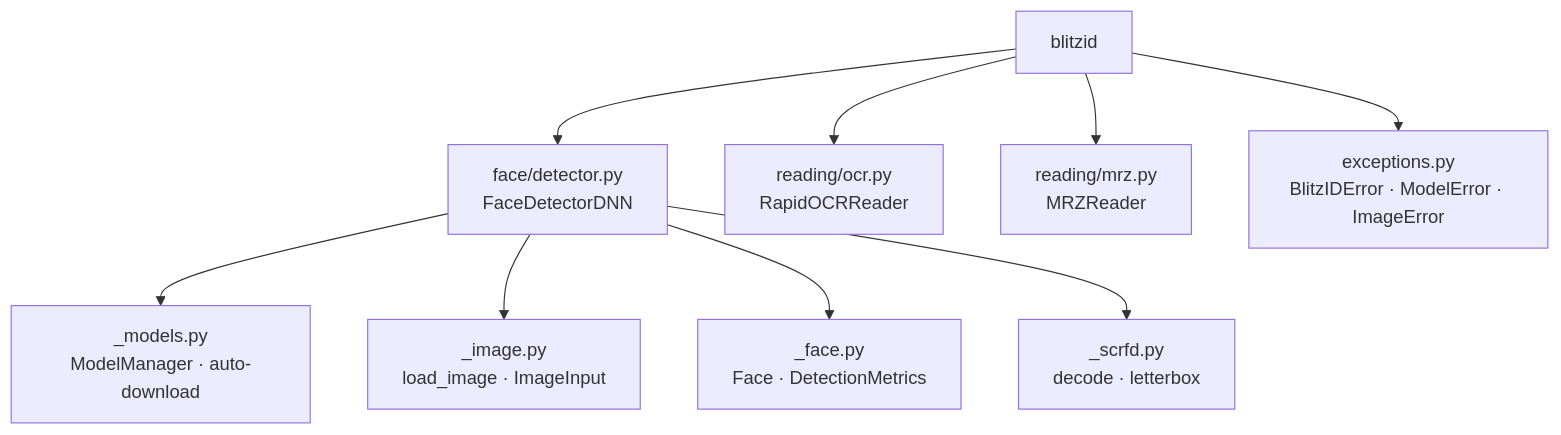
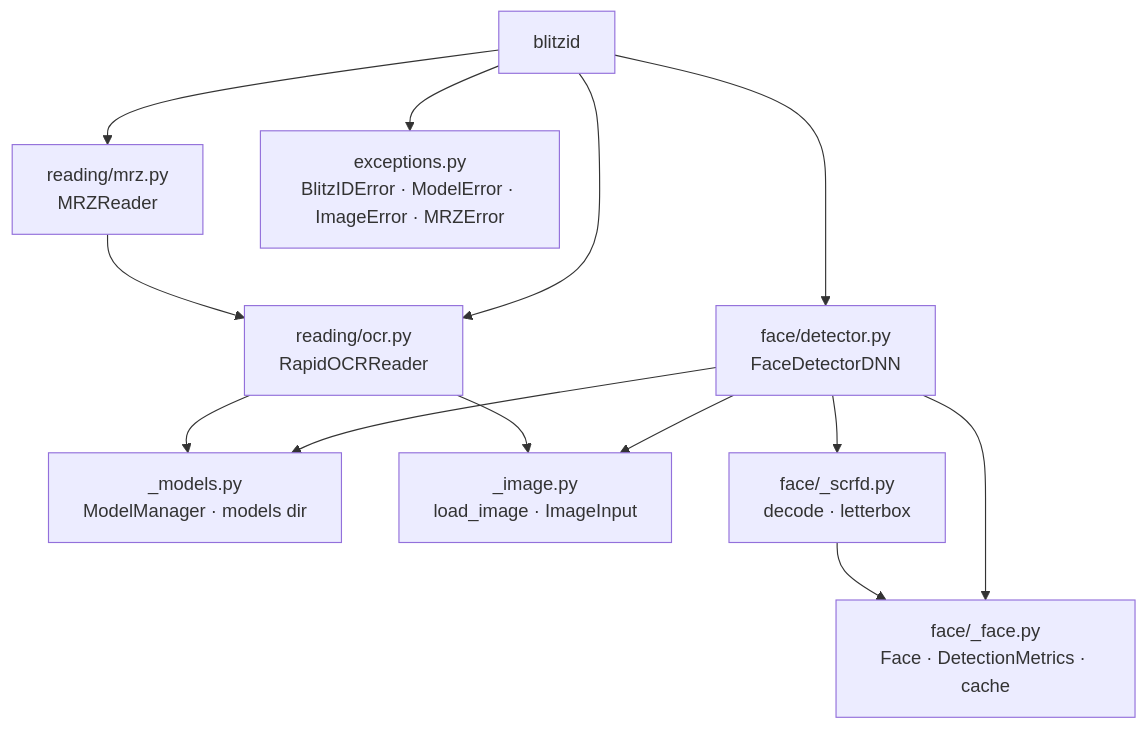
Before and after one commit to malvavisc0/blitzid: the diagram in README.md, drawn with Mermaid.

Commit message:
fix architecture diagram edges and module labels

````diff
--- a/README.md
+++ b/README.md
@@ -160,12 +160,16 @@
 ```mermaid
 graph TD
     A[blitzid] --> B[face/detector.py<br/>FaceDetectorDNN]
+    A --> I[reading/mrz.py<br/>MRZReader]
     A --> C[reading/ocr.py<br/>RapidOCRReader]
-    A --> I[reading/mrz.py<br/>MRZReader]
-    A --> D[exceptions.py<br/>BlitzIDError · ModelError · ImageError]
+    A --> D[exceptions.py<br/>BlitzIDError · ModelError · ImageError · MRZError]
 
-    B --> E[_models.py<br/>ModelManager · auto-download]
+    I --> C
+    B --> E[_models.py<br/>ModelManager · models dir]
     B --> F[_image.py<br/>load_image · ImageInput]
-    B --> G[_face.py<br/>Face · DetectionMetrics]
-    B --> H[_scrfd.py<br/>decode · letterbox]
+    B --> G[face/_face.py<br/>Face · DetectionMetrics · cache]
+    B --> H[face/_scrfd.py<br/>decode · letterbox]
+    C --> E
+    C --> F
+    H --> G
 ```
````
